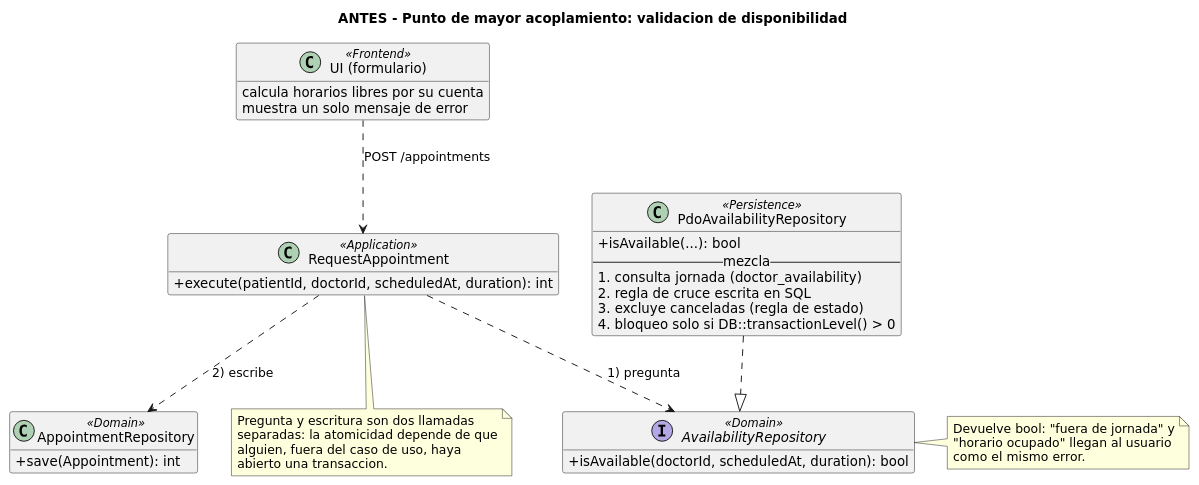
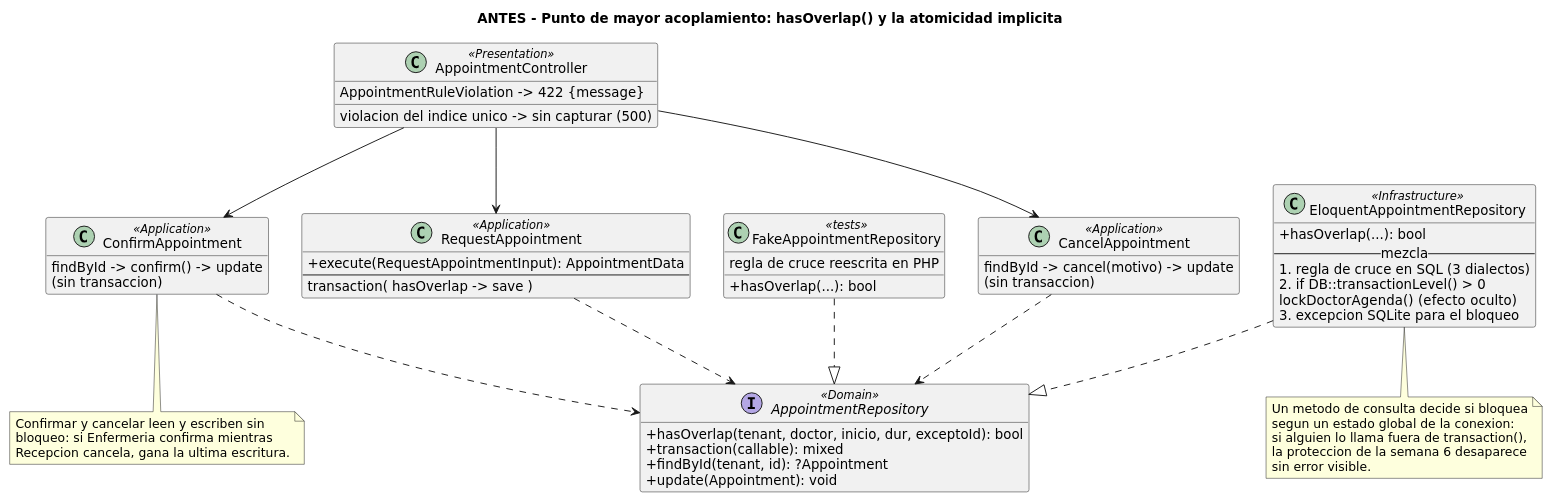
Before and after one commit to EddCastro/micro-his-citas-medicas-agenda: the diagram in docs/semana-07-componentes/refactor-antes.puml, drawn with PlantUML. The commit also changed 10 other files, not shown here.

```diff
--- a/docs/semana-07-componentes/refactor-antes.puml
+++ b/docs/semana-07-componentes/refactor-antes.puml
@@ -1,53 +1,73 @@
 @startuml
-title ANTES - Punto de mayor acoplamiento: validacion de disponibilidad
+title ANTES - Punto de mayor acoplamiento: hasOverlap() y la atomicidad implicita
 
 skinparam shadowing false
 skinparam defaultFontName DejaVu Sans
 skinparam classAttributeIconSize 0
 hide empty members
 
 class RequestAppointment <<Application>> {
-  +execute(patientId, doctorId, scheduledAt, duration): int
+  +execute(RequestAppointmentInput): AppointmentData
+  --
+  transaction( hasOverlap -> save )
 }
 
-interface AvailabilityRepository <<Domain>> {
-  +isAvailable(doctorId, scheduledAt, duration): bool
+class ConfirmAppointment <<Application>> {
+  findById -> confirm() -> update
+  (sin transaccion)
 }
 
-class PdoAvailabilityRepository <<Persistence>> {
-  +isAvailable(...): bool
-  -- mezcla --
-  1. consulta jornada (doctor_availability)
-  2. regla de cruce escrita en SQL
-  3. excluye canceladas (regla de estado)
-  4. bloqueo solo si DB::transactionLevel() > 0
+class CancelAppointment <<Application>> {
+  findById -> cancel(motivo) -> update
+  (sin transaccion)
 }
 
-class AppointmentRepository <<Domain>> {
-  +save(Appointment): int
+interface AppointmentRepository <<Domain>> {
+  +hasOverlap(tenant, doctor, inicio, dur, exceptoId): bool
+  +transaction(callable): mixed
+  +findById(tenant, id): ?Appointment
+  +update(Appointment): void
 }
 
-class "UI (formulario)" as UI <<Frontend>> {
-  calcula horarios libres por su cuenta
-  muestra un solo mensaje de error
+class EloquentAppointmentRepository <<Infrastructure>> {
+  +hasOverlap(...): bool
+  -- mezcla --
+  1. regla de cruce en SQL (3 dialectos)
+  2. if DB::transactionLevel() > 0
+     lockDoctorAgenda()  (efecto oculto)
+  3. excepcion SQLite para el bloqueo
 }
 
-RequestAppointment ..> AvailabilityRepository : 1) pregunta
-RequestAppointment ..> AppointmentRepository : 2) escribe
-PdoAvailabilityRepository ..|> AvailabilityRepository
-UI ..> RequestAppointment : POST /appointments
+class FakeAppointmentRepository <<tests>> {
+  +hasOverlap(...): bool
+  regla de cruce reescrita en PHP
+}
 
-note right of AvailabilityRepository
-Devuelve bool: "fuera de jornada" y
-"horario ocupado" llegan al usuario
-como el mismo error.
+class AppointmentController <<Presentation>> {
+  AppointmentRuleViolation -> 422 {message}
+  violacion del indice unico -> sin capturar (500)
+}
+
+RequestAppointment ..> AppointmentRepository
+ConfirmAppointment ..> AppointmentRepository
+CancelAppointment ..> AppointmentRepository
+EloquentAppointmentRepository ..|> AppointmentRepository
+FakeAppointmentRepository ..|> AppointmentRepository
+AppointmentController --> RequestAppointment
+AppointmentController --> ConfirmAppointment
+AppointmentController --> CancelAppointment
+
+note bottom of EloquentAppointmentRepository
+Un metodo de consulta decide si bloquea
+segun un estado global de la conexion:
+si alguien lo llama fuera de transaction(),
+la proteccion de la semana 6 desaparece
+sin error visible.
 end note
 
-note bottom of RequestAppointment
-Pregunta y escritura son dos llamadas
-separadas: la atomicidad depende de que
-alguien, fuera del caso de uso, haya
-abierto una transaccion.
+note bottom of ConfirmAppointment
+Confirmar y cancelar leen y escriben sin
+bloqueo: si Enfermeria confirma mientras
+Recepcion cancela, gana la ultima escritura.
 end note
-
 @enduml
```
